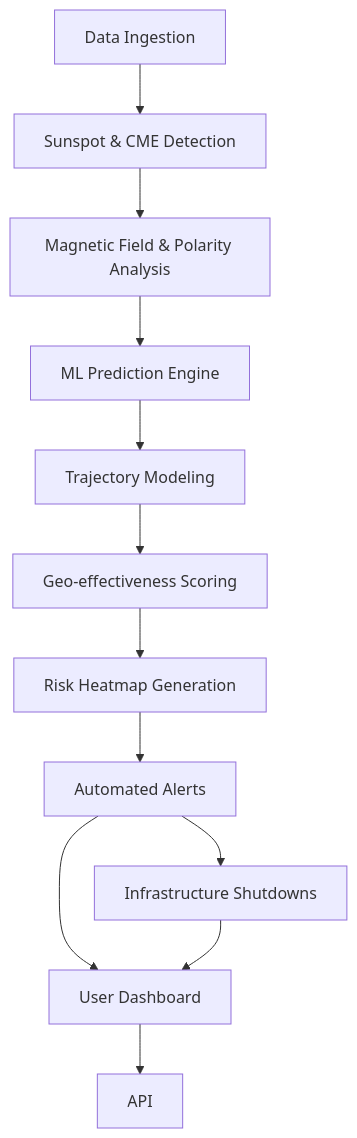
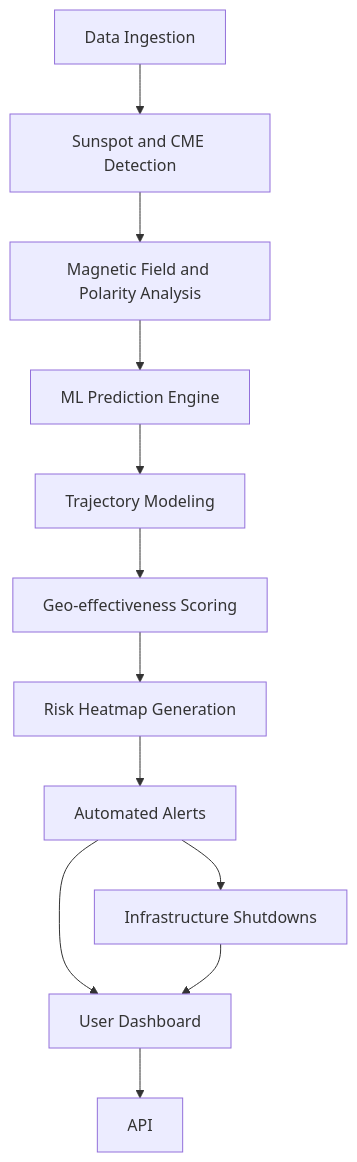
The first of 3 diagrams in README.md (BeathovenGala/Auralis), drawn with Mermaid before and after one commit. The commit also changed other lines of this file, not shown here.

````diff
--- a/README.md
+++ b/README.md
@@ -699,26 +555,26 @@
 ```mermaid
 flowchart TD
     A[Data Ingestion]
-    B[Sunspot & CME Detection]
-    C[Magnetic Field & Polarity Analysis]
+    B[Sunspot and CME Detection]
+    C[Magnetic Field and Polarity Analysis]
     D[ML Prediction Engine]
     E[Trajectory Modeling]
     F[Geo-effectiveness Scoring]
     G[Risk Heatmap Generation]
     H[Automated Alerts]
     I[Infrastructure Shutdowns]
     J[User Dashboard]
     K[API]
 
     A --> B
     B --> C
     C --> D
     D --> E
     E --> F
     F --> G
     G --> H
     H --> I
     H --> J
     J --> K
     I --> J
 ```
````
